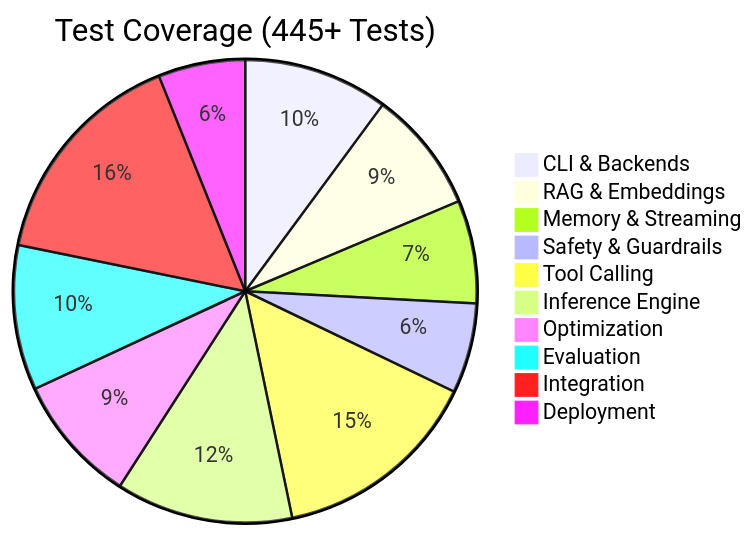
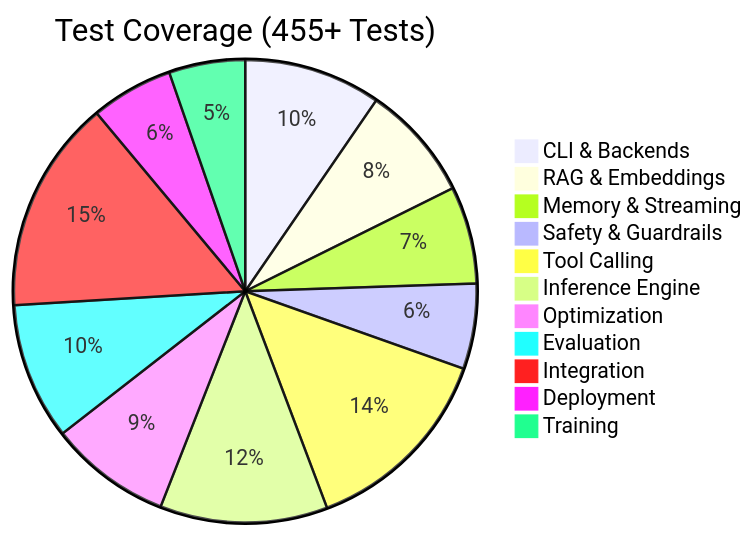
The seventh of 9 diagrams in README.md (rbkhan007/Photato-Phi-3-Custom-Model), drawn with Mermaid before and after one commit. The commit also changed other lines of this file, not shown here.

````diff
--- a/README.md
+++ b/README.md
@@ -485,13 +710,14 @@
 ```mermaid
-pie title Test Coverage (445+ Tests)
+pie title Test Coverage (455+ Tests)
     "CLI & Backends" : 45
     "RAG & Embeddings" : 38
     "Memory & Streaming" : 32
     "Safety & Guardrails" : 28
     "Tool Calling" : 65
     "Inference Engine" : 55
     "Optimization" : 40
     "Evaluation" : 45
     "Integration" : 70
     "Deployment" : 27
+    "Training" : 25
 ```
````
